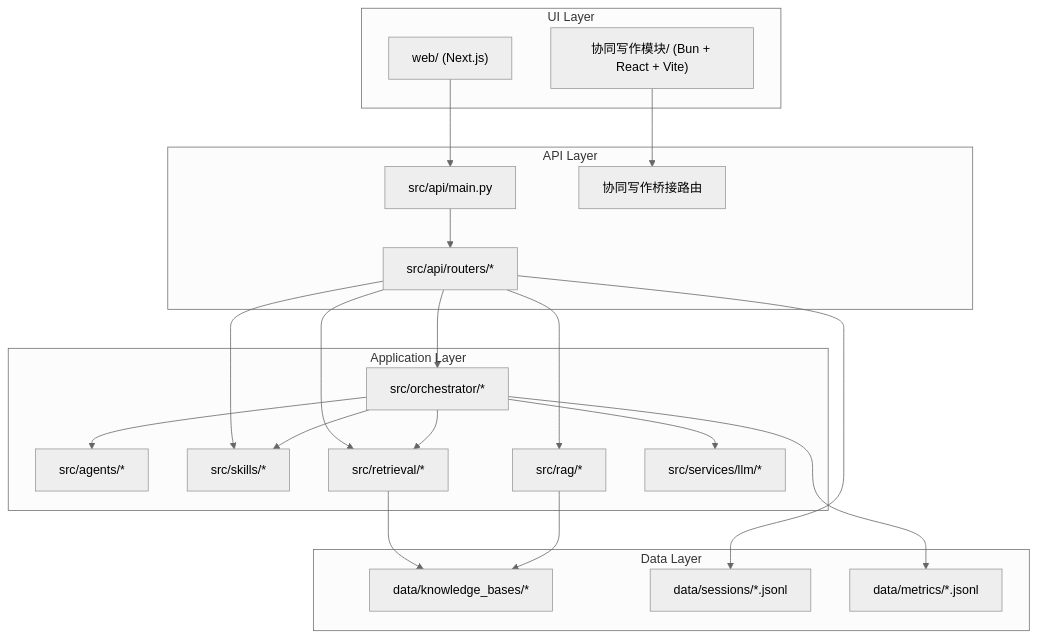
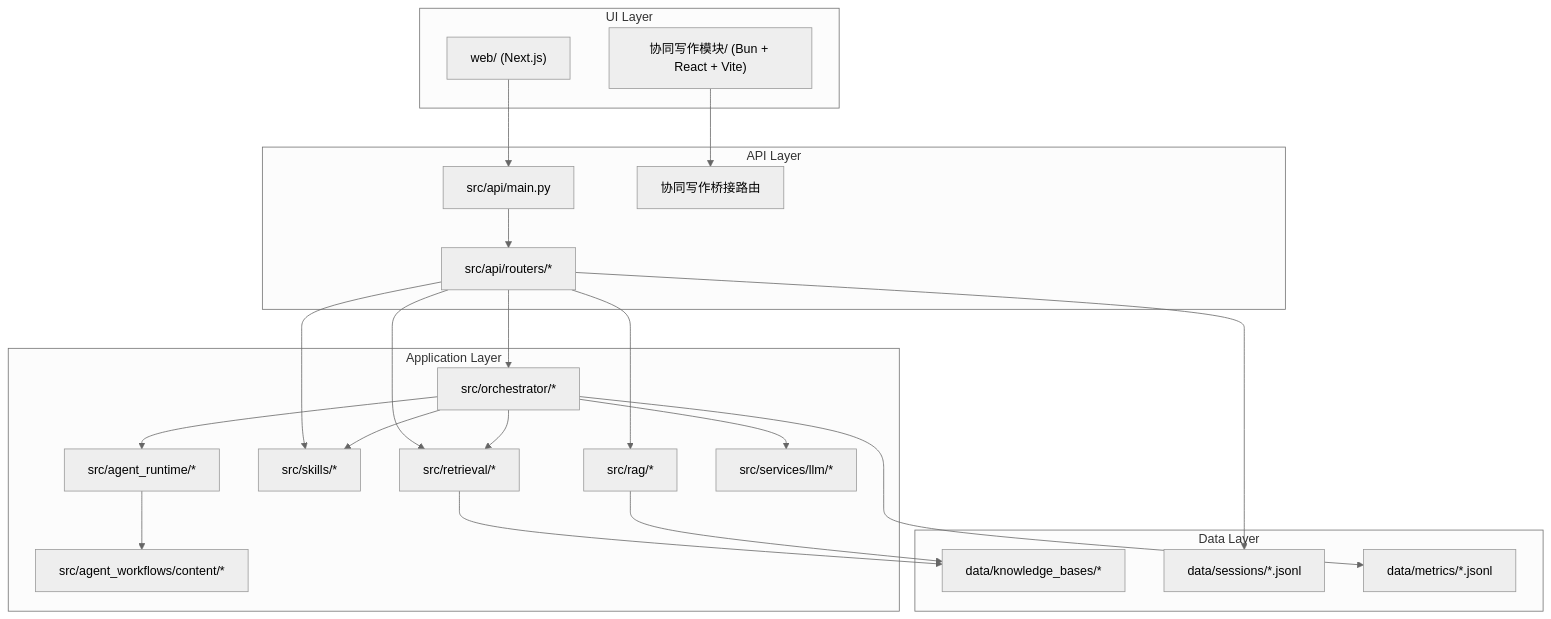
One commit to qwerzbn/writingbot changed the first of 5 diagrams in docs/upgrade/architecture.md. Above: the diagram before and after it, drawn with Mermaid (neutral theme). The commit also changed other lines of this file and 115 other files, not shown here.

````diff
--- a/docs/upgrade/architecture.md
+++ b/docs/upgrade/architecture.md
@@ -8,44 +8,46 @@
 ```mermaid
 flowchart TB
   subgraph UI["UI Layer"]
     WEB["web/ (Next.js)"]
     FW["协同写作模块/ (Bun + React + Vite)"]
   end
 
   subgraph API["API Layer"]
     MAIN["src/api/main.py"]
     ROUTERS["src/api/routers/*"]
     BRIDGE["协同写作桥接路由"]
   end
 
   subgraph APP["Application Layer"]
     ORCH["src/orchestrator/*"]
-    AGENTS["src/agents/*"]
+    RUNTIME["src/agent_runtime/*"]
+    WORKFLOW["src/agent_workflows/content/*"]
     SKILLS["src/skills/*"]
     RET["src/retrieval/*"]
     RAG["src/rag/*"]
     LLM["src/services/llm/*"]
   end
 
   subgraph DATA["Data Layer"]
     KB["data/knowledge_bases/*"]
     SESS["data/sessions/*.jsonl"]
     METRICS["data/metrics/*.jsonl"]
   end
 
   WEB --> MAIN
   FW --> BRIDGE
   MAIN --> ROUTERS
   ROUTERS --> ORCH
+  ORCH --> RUNTIME
+  RUNTIME --> WORKFLOW
   ROUTERS --> RAG
   ROUTERS --> RET
   ROUTERS --> SKILLS
-  ORCH --> AGENTS
   ORCH --> RET
   ORCH --> LLM
   ORCH --> SKILLS
   RET --> KB
   RAG --> KB
   ROUTERS --> SESS
   ORCH --> METRICS
 ```
````
